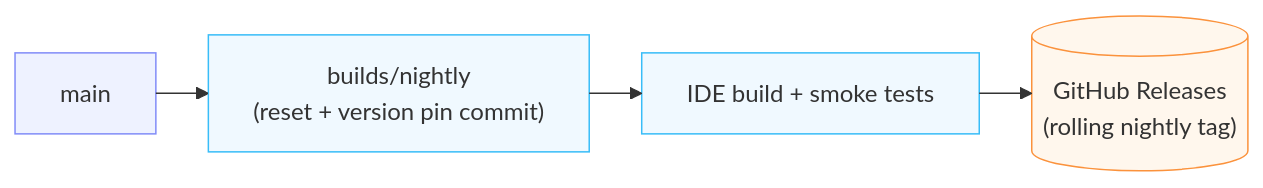
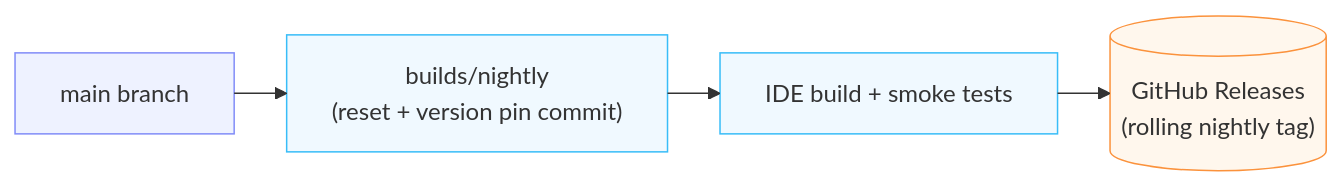
Before and after one commit to wso2/product-integrator: the sixth of 8 diagrams in docs/cicd-pipelines.md, drawn with Mermaid. The commit also changed other lines of this file and 3 other files, not shown here.

````diff
--- a/docs/cicd-pipelines.md
+++ b/docs/cicd-pipelines.md
@@ -110,10 +112,10 @@
 ```mermaid
 %%{init: {"layout": "elk"}}%%
 graph LR
-    M["main"]:::trigger --> NB["builds/nightly<br>(reset + version pin commit)"]:::stage
+    M["main branch"]:::trigger --> NB["builds/nightly<br>(reset + version pin commit)"]:::stage
     NB --> AS["IDE build + smoke tests"]:::stage
     AS --> IA[("GitHub Releases<br>(rolling nightly tag)")]:::artifact
     classDef trigger stroke:#818cf8,fill:#eef2ff
     classDef stage stroke:#38bdf8,fill:#f0f9ff
     classDef artifact stroke:#fb923c,fill:#fff7ed
 ```
````
